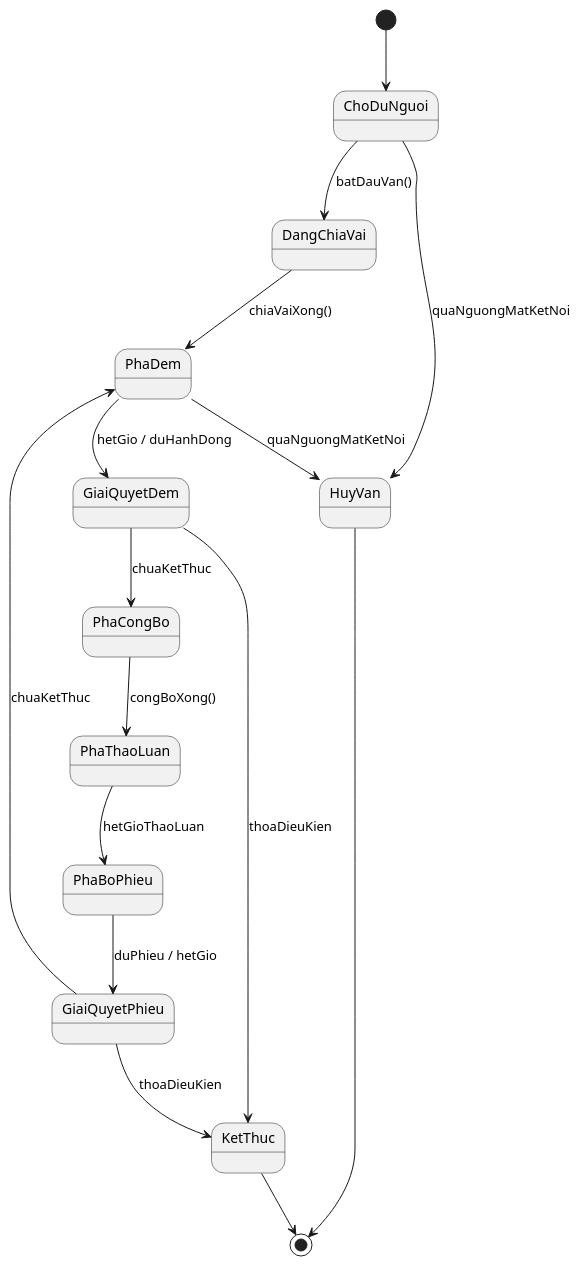
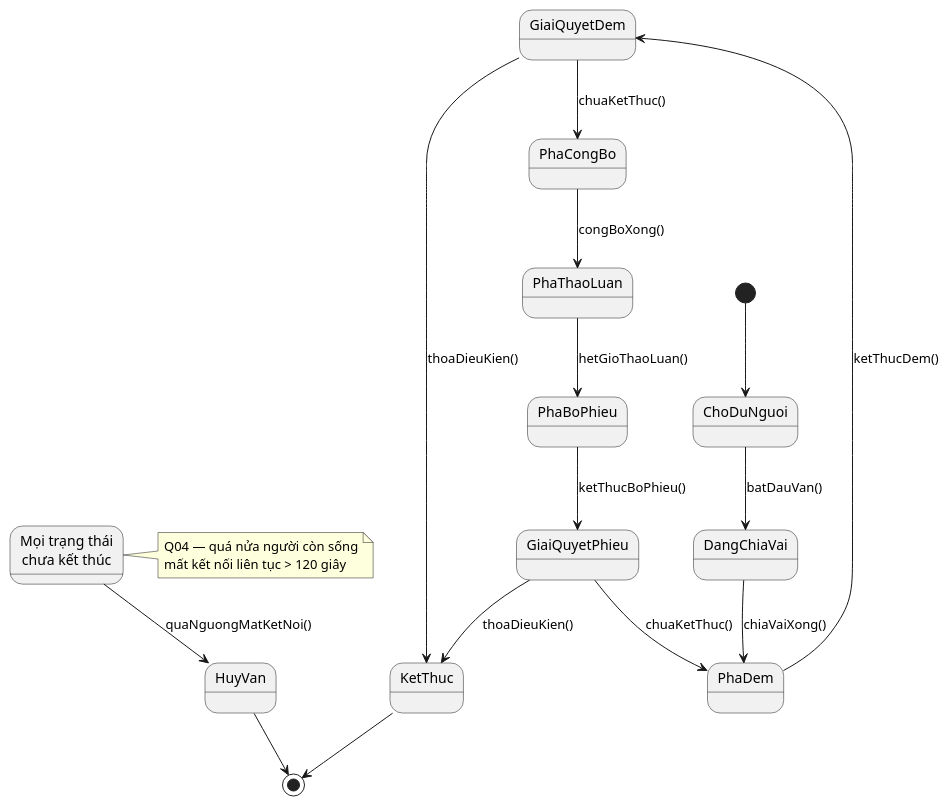
Before and after one commit to AlaVox-lab/WereWolf_Game: the diagram in docs/diagrams/06-state-van-dau.puml, drawn with PlantUML. The commit also changed other lines of this file and 3 other files, not shown here.

First line of the commit message:
docs(diagrams): vẽ lại sơ đồ tuần tự và trạng thái ván theo mã

```diff
--- a/docs/diagrams/06-state-van-dau.puml
+++ b/docs/diagrams/06-state-van-dau.puml
@@ -3,17 +3,18 @@
 @startuml
 [*] --> ChoDuNguoi
 ChoDuNguoi --> DangChiaVai : batDauVan()
 DangChiaVai --> PhaDem : chiaVaiXong()
-PhaDem --> GiaiQuyetDem : hetGio / duHanhDong
-GiaiQuyetDem --> PhaCongBo : chuaKetThuc
-GiaiQuyetDem --> KetThuc : thoaDieuKien
+PhaDem --> GiaiQuyetDem : ketThucDem()
+GiaiQuyetDem --> PhaCongBo : chuaKetThuc()
+GiaiQuyetDem --> KetThuc : thoaDieuKien()
 PhaCongBo --> PhaThaoLuan : congBoXong()
-PhaThaoLuan --> PhaBoPhieu : hetGioThaoLuan
-PhaBoPhieu --> GiaiQuyetPhieu : duPhieu / hetGio
-GiaiQuyetPhieu --> PhaDem : chuaKetThuc
-GiaiQuyetPhieu --> KetThuc : thoaDieuKien
-ChoDuNguoi --> HuyVan : quaNguongMatKetNoi
-PhaDem --> HuyVan : quaNguongMatKetNoi
+PhaThaoLuan --> PhaBoPhieu : hetGioThaoLuan()
+PhaBoPhieu --> GiaiQuyetPhieu : ketThucBoPhieu()
+GiaiQuyetPhieu --> PhaDem : chuaKetThuc()
+GiaiQuyetPhieu --> KetThuc : thoaDieuKien()
+state "Mọi trạng thái\nchưa kết thúc" as Moi
+Moi --> HuyVan : quaNguongMatKetNoi()
+note right of Moi : Q04 — quá nửa người còn sống\nmất kết nối liên tục > 120 giây
 KetThuc --> [*]
 HuyVan --> [*]
 @enduml
```
